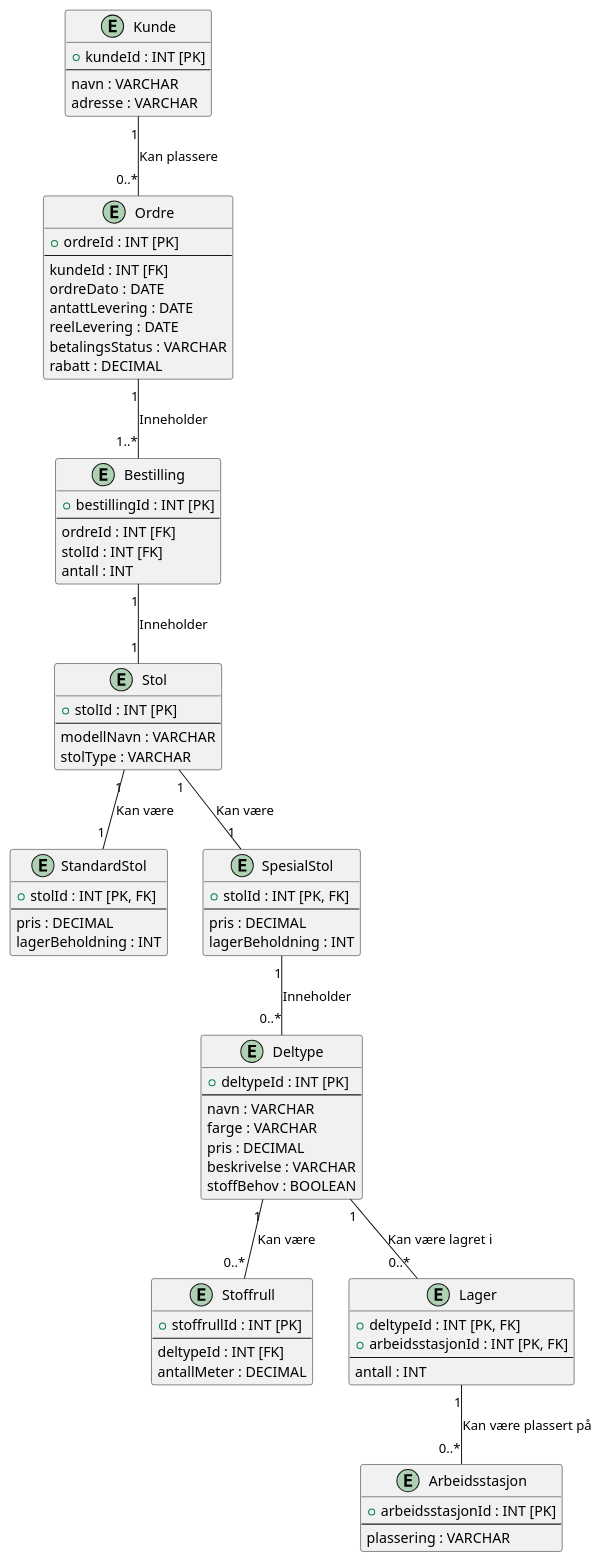
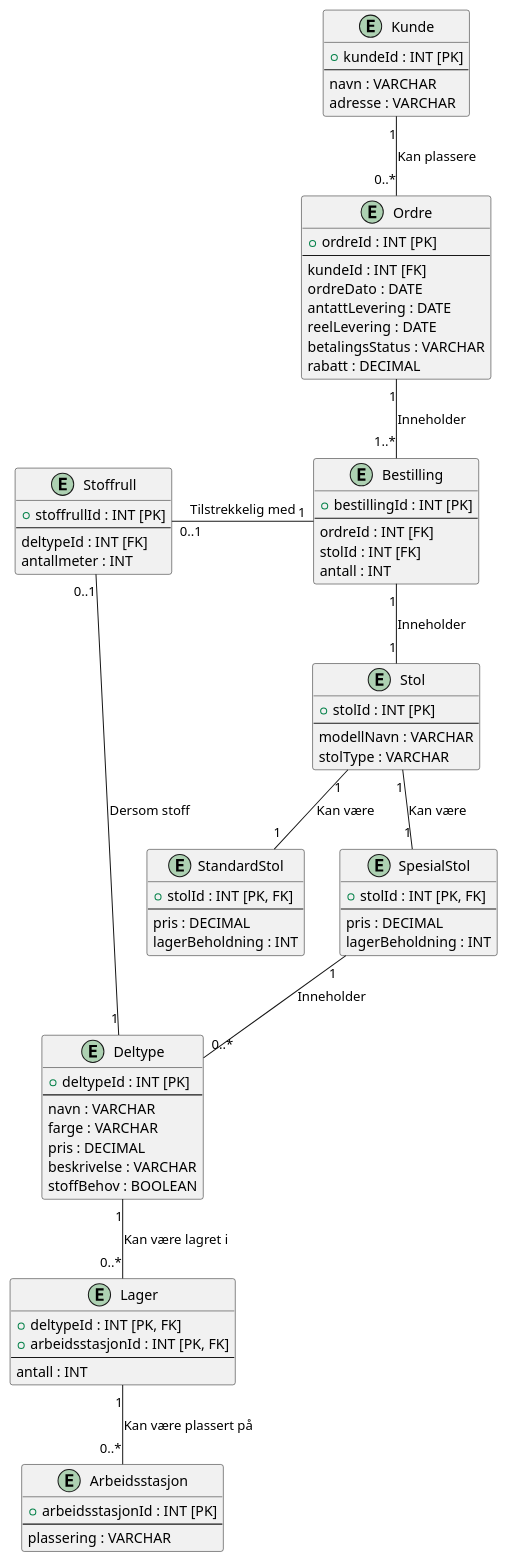
The diagram in bestillinger/ER.puml (Segward/mysql-practices), drawn with PlantUML before and after one commit.

Commit message:
Added connection between bestilling and stoffrull

```diff
--- a/bestillinger/ER.puml
+++ b/bestillinger/ER.puml
@@ -1,90 +1,91 @@
 @startuml
 
 entity "Kunde" as kunde {
     + kundeId : INT [PK]
     --
     navn : VARCHAR
     adresse : VARCHAR
 }
 
 entity "Ordre" as ordre {
     + ordreId : INT [PK]
     --
     kundeId : INT [FK]
     ordreDato : DATE
     antattLevering : DATE
     reelLevering : DATE
     betalingsStatus : VARCHAR
     rabatt : DECIMAL
 }
 
 entity "Bestilling" as bestilling {
     + bestillingId : INT [PK]
     --
     ordreId : INT [FK]
     stolId : INT [FK]
     antall : INT
 }
 
 entity "Stol" as stol {
     + stolId : INT [PK]
     --
     modellNavn : VARCHAR
     stolType : VARCHAR
 }
 
 entity "StandardStol" as standardStol {
     + stolId : INT [PK, FK]
     --
     pris : DECIMAL
     lagerBeholdning : INT
 }
 
 entity "SpesialStol" as spesialStol {
     + stolId : INT [PK, FK]
     --
     pris : DECIMAL
     lagerBeholdning : INT
 }
 
 entity "Deltype" as deltype {
     + deltypeId : INT [PK]
     --
     navn : VARCHAR
     farge : VARCHAR
     pris : DECIMAL
     beskrivelse : VARCHAR
     stoffBehov : BOOLEAN
 }
 
 entity "Stoffrull" as stoffrull {
     + stoffrullId : INT [PK]
     --
     deltypeId : INT [FK]
-    antallMeter : DECIMAL
+    antallmeter : INT
 }
 
 entity "Arbeidsstasjon" as arbeidsstasjon {
     + arbeidsstasjonId : INT [PK]
     --
     plassering : VARCHAR
 }
 
 entity "Lager" as lager {
     + deltypeId : INT [PK, FK]
     + arbeidsstasjonId : INT [PK, FK]
     --
     antall : INT
 }
 
 kunde "1" -- "0..*" ordre : Kan plassere
 ordre "1" -- "1..*" bestilling : Inneholder
 bestilling "1" -- "1" stol : Inneholder
+bestilling "1" -left- "0..1" stoffrull : Tilstrekkelig med
 stol "1" -- "1" standardStol : Kan være
 stol "1" -- "1" spesialStol : Kan være
 spesialStol "1" -- "0..*" deltype : Inneholder
-deltype "1" -- "0..*" stoffrull : Kan være
+deltype "1" -- "0..1" stoffrull : Dersom stoff
 deltype "1" -- "0..*" lager : Kan være lagret i
 lager "1" -- "0..*" arbeidsstasjon : Kan være plassert på
 
 @enduml
```
